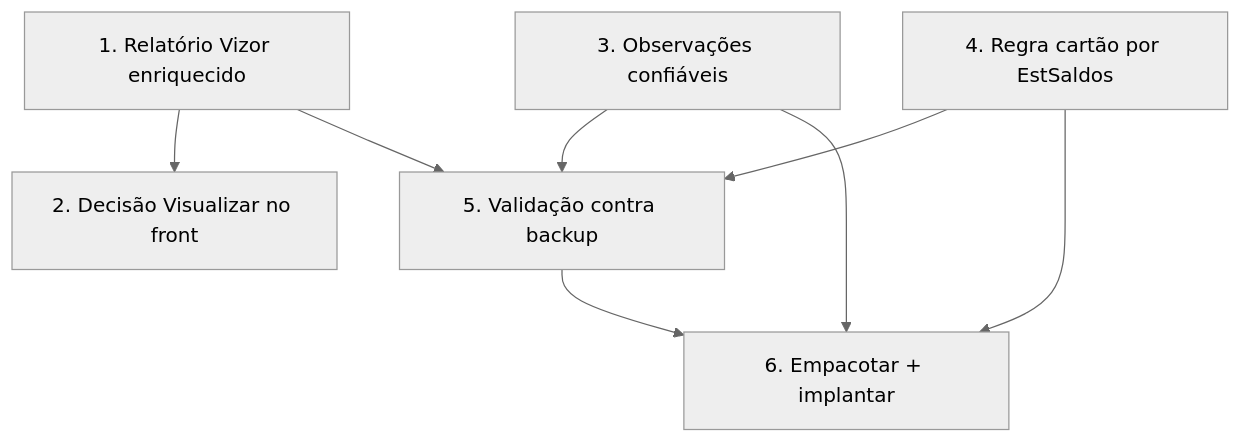
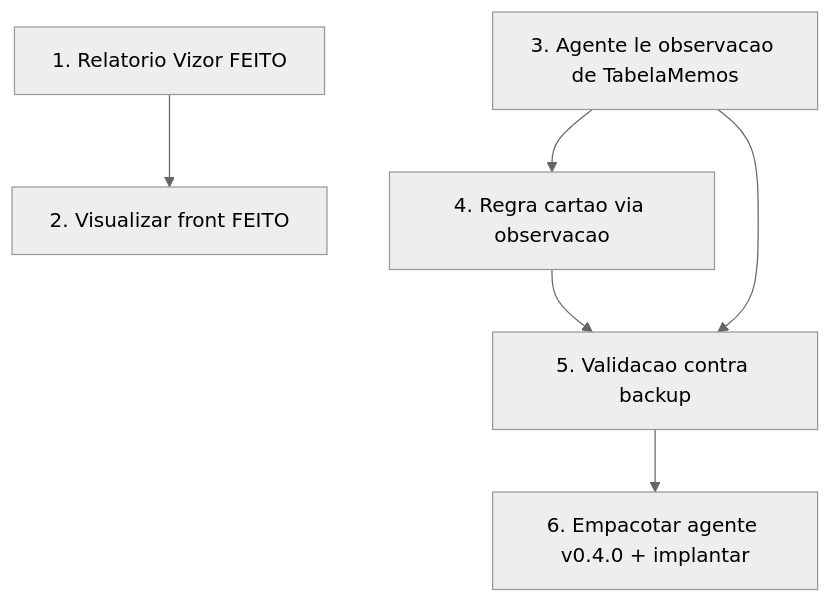
Before and after one commit to ClaudiosRangel/Visiofav: the diagram in .kiro/specs/op-visualizacao-observacoes-calcgraf/tasks.md, drawn with Mermaid (neutral theme). The commit also changed other lines of this file, not shown here.

Commit message:
docs(spec): FONTE da observacao encontrada - TabelaMemos (NomeTabela=CalculoOp); blocos 3-6 reabertos como viaveis (agente le o memo da OP)

````diff
--- a/.kiro/specs/op-visualizacao-observacoes-calcgraf/tasks.md
+++ b/.kiro/specs/op-visualizacao-observacoes-calcgraf/tasks.md
@@ -88,10 +104,8 @@
 ```mermaid
 flowchart TD
-  T1[1. Relatório Vizor enriquecido] --> T2[2. Decisão Visualizar no front]
-  T1 --> T5[5. Validação contra backup]
-  T3[3. Observações confiáveis] --> T5
-  T4[4. Regra cartão por EstSaldos] --> T5
-  T3 --> T6[6. Empacotar + implantar]
-  T4 --> T6
-  T5 --> T6
+  T1[1. Relatorio Vizor FEITO] --> T2[2. Visualizar front FEITO]
+  T3[3. Agente le observacao de TabelaMemos] --> T4[4. Regra cartao via observacao]
+  T4 --> T5[5. Validacao contra backup]
+  T3 --> T5
+  T5 --> T6[6. Empacotar agente v0.4.0 + implantar]
 ```
````
